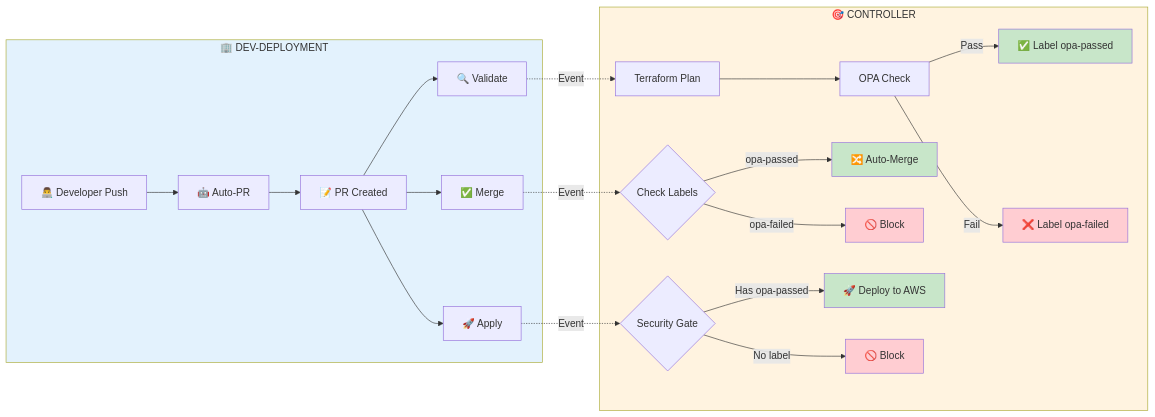
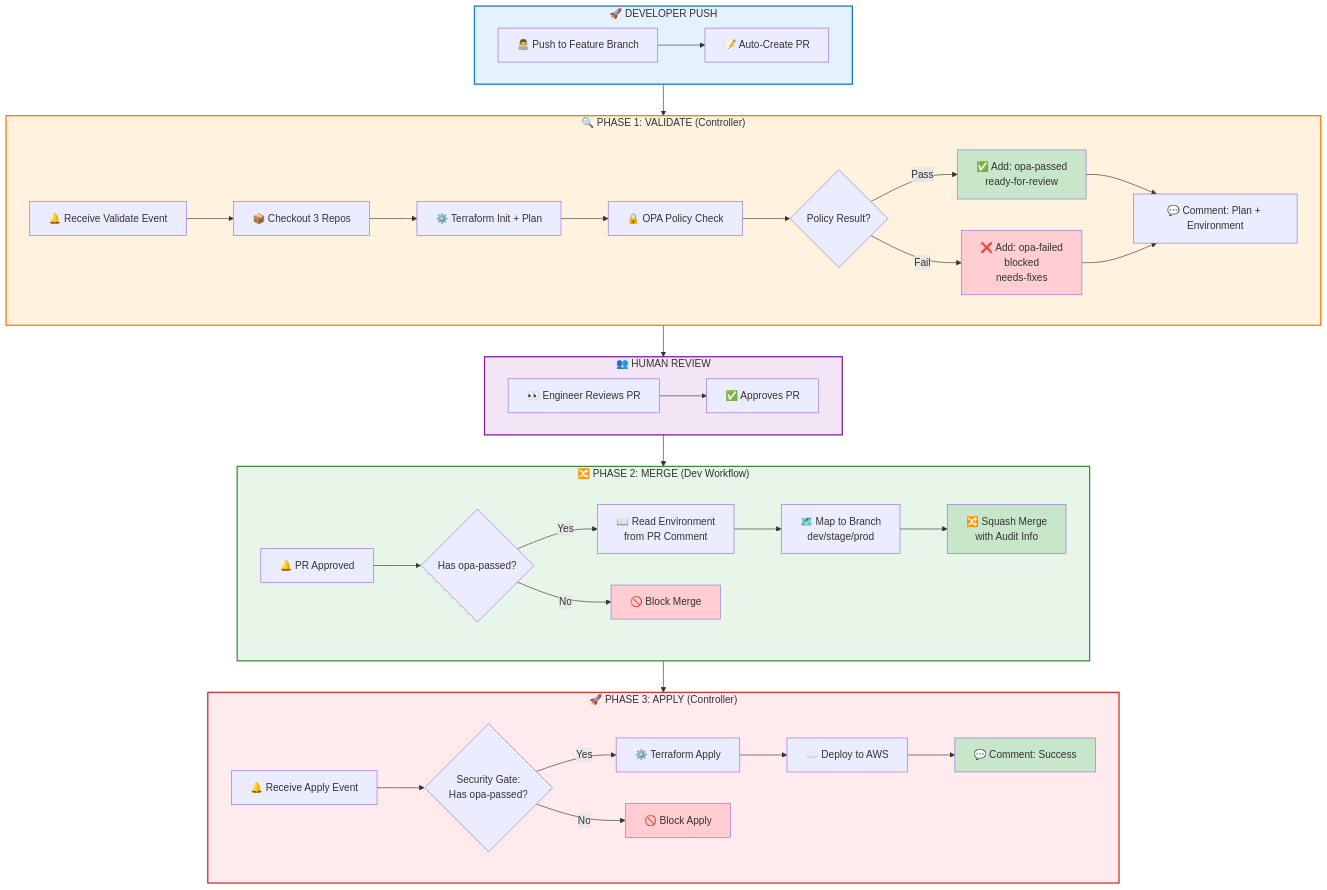
The second of 9 diagrams in EXECUTIVE-WORKFLOW-OVERVIEW.md (Terraform-centilazed-pipline/centerlized-pipline-), drawn with Mermaid before and after one commit. The commit also changed other lines of this file, not shown here.

Commit message:
docs: enhance diagrams with rich visualizations for executives

````diff
--- a/EXECUTIVE-WORKFLOW-OVERVIEW.md
+++ b/EXECUTIVE-WORKFLOW-OVERVIEW.md
@@ -17,35 +62,81 @@
 ```mermaid
-flowchart LR
-    subgraph DEV[" 🏢 DEV-DEPLOYMENT "]
-        A[👨‍💻 Developer Push] --> B[🤖 Auto-PR]
-        B --> C[📝 PR Created]
-        C --> D1[🔍 Validate]
-        C --> D2[✅ Merge]
-        C --> D3[🚀 Apply]
+flowchart TB
+    subgraph PUSH["🚀 DEVELOPER PUSH"]
+        A1[👨‍💻 Push to Feature Branch]
+        A2[📝 Auto-Create PR]
+        A1 --> A2
     end
     
-    subgraph CTRL[" 🎯 CONTROLLER "]
-        V1[Terraform Plan] --> V2[OPA Check]
-        V2 -->|Pass| V3[✅ Label opa-passed]
-        V2 -->|Fail| V4[❌ Label opa-failed]
+    subgraph VALIDATE["🔍 PHASE 1: VALIDATE (Controller)"]
+        V1[🔔 Receive Validate Event]
+        V2[📦 Checkout 3 Repos]
+        V3[⚙️ Terraform Init + Plan]
+        V4[🔒 OPA Policy Check]
+        V5{Policy Result?}
+        V6[✅ Add: opa-passed<br/>ready-for-review]
+        V7[❌ Add: opa-failed<br/>blocked<br/>needs-fixes]
+        V8[💬 Comment: Plan + Environment]
         
-        M1{Check Labels} -->|opa-passed| M2[🔀 Auto-Merge]
-        M1 -->|opa-failed| M3[🚫 Block]
-        
-        A1{Security Gate} -->|Has opa-passed| A2[🚀 Deploy to AWS]
-        A1 -->|No label| A3[🚫 Block]
+        V1 --> V2
+        V2 --> V3
+        V3 --> V4
+        V4 --> V5
+        V5 -->|Pass| V6
+        V5 -->|Fail| V7
+        V6 --> V8
+        V7 --> V8
     end
     
-    D1 -.->|Event| V1
-    D2 -.->|Event| M1
-    D3 -.->|Event| A1
+    subgraph REVIEW["👥 HUMAN REVIEW"]
+        R1[👀 Engineer Reviews PR]
+        R2[✅ Approves PR]
+        R1 --> R2
+    end
     
-    style DEV fill:#e3f2fd
-    style CTRL fill:#fff3e0
-    style V3 fill:#c8e6c9
-    style V4 fill:#ffcdd2
-    style M2 fill:#c8e6c9
-    style M3 fill:#ffcdd2
-    style A2 fill:#c8e6c9
-    style A3 fill:#ffcdd2
+    subgraph MERGE["🔀 PHASE 2: MERGE (Dev Workflow)"]
+        M1[🔔 PR Approved]
+        M2{Has opa-passed?}
+        M3[📖 Read Environment<br/>from PR Comment]
+        M4[🗺️ Map to Branch<br/>dev/stage/prod]
+        M5[🔀 Squash Merge<br/>with Audit Info]
+        M6[🚫 Block Merge]
+        
+        M1 --> M2
+        M2 -->|Yes| M3
+        M2 -->|No| M6
+        M3 --> M4
+        M4 --> M5
+    end
+    
+    subgraph APPLY["🚀 PHASE 3: APPLY (Controller)"]
+        AP1[🔔 Receive Apply Event]
+        AP2{Security Gate:<br/>Has opa-passed?}
+        AP3[⚙️ Terraform Apply]
+        AP4[☁️ Deploy to AWS]
+        AP5[💬 Comment: Success]
+        AP6[🚫 Block Apply]
+        
+        AP1 --> AP2
+        AP2 -->|Yes| AP3
+        AP2 -->|No| AP6
+        AP3 --> AP4
+        AP4 --> AP5
+    end
+    
+    PUSH --> VALIDATE
+    VALIDATE --> REVIEW
+    REVIEW --> MERGE
+    MERGE --> APPLY
+    
+    style PUSH fill:#e3f2fd,stroke:#1976d2,stroke-width:2px
+    style VALIDATE fill:#fff3e0,stroke:#f57c00,stroke-width:2px
+    style REVIEW fill:#f3e5f5,stroke:#7b1fa2,stroke-width:2px
+    style MERGE fill:#e8f5e9,stroke:#388e3c,stroke-width:2px
+    style APPLY fill:#ffebee,stroke:#d32f2f,stroke-width:2px
+    style V6 fill:#c8e6c9
+    style V7 fill:#ffcdd2
+    style M5 fill:#c8e6c9
+    style M6 fill:#ffcdd2
+    style AP5 fill:#c8e6c9
+    style AP6 fill:#ffcdd2
 ```
````
